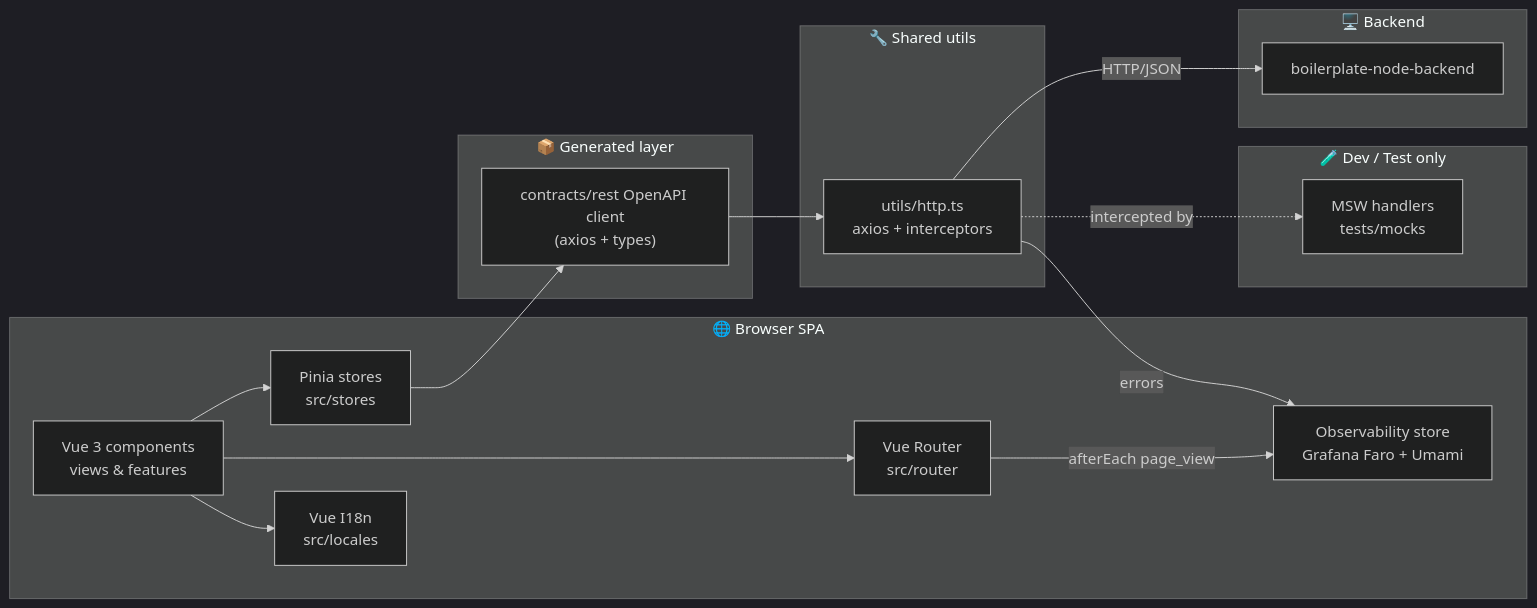
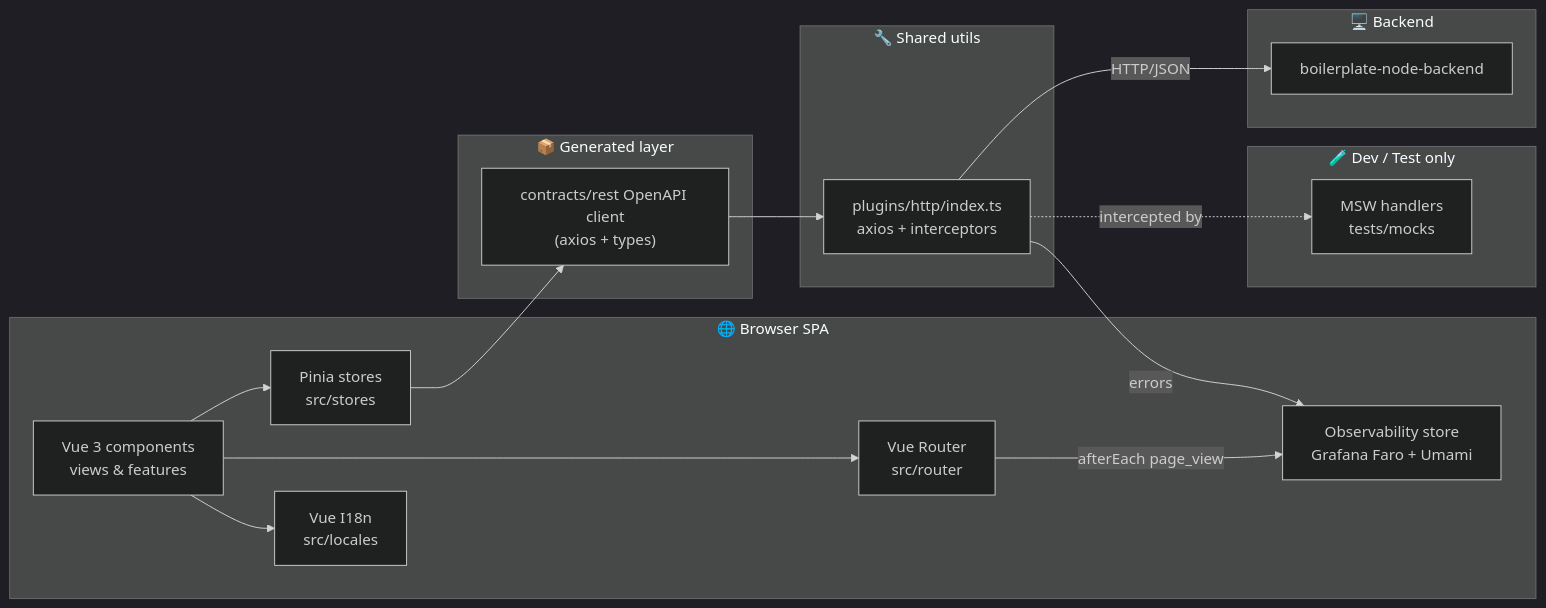
The first of 6 diagrams in README.md (Guebbit/boilerplate-vue-frontend), drawn with Mermaid (dark theme) before and after one commit. The commit also changed other lines of this file and 148 other files, not shown here.

````diff
--- a/README.md
+++ b/README.md
@@ -120,36 +120,36 @@
 ```mermaid
 flowchart LR
     subgraph Browser["🌐 Browser SPA"]
         V[Vue 3 components<br/>views & features]
         P[Pinia stores<br/>src/stores]
         R[Vue Router<br/>src/router]
         I18N[Vue I18n<br/>src/locales]
         OBS[Observability store<br/>Grafana Faro + Umami]
     end
 
     subgraph Generated["📦 Generated layer"]
         API["contracts/rest OpenAPI client<br/>(axios + types)"]
     end
 
     subgraph Shared["🔧 Shared utils"]
-        HTTP[utils/http.ts<br/>axios + interceptors]
+        HTTP[plugins/http/index.ts<br/>axios + interceptors]
     end
 
     subgraph Backend["🖥️ Backend"]
         BE[boilerplate-node-backend]
     end
 
     subgraph DevOnly["🧪 Dev / Test only"]
         MSW[MSW handlers<br/>tests/mocks]
     end
 
     V --> P
     V --> R
     V --> I18N
     P --> API
     API --> HTTP
     HTTP -->|HTTP/JSON| BE
     HTTP -.intercepted by.-> MSW
     HTTP -->|errors| OBS
     R -->|afterEach page_view| OBS
 ```
````
